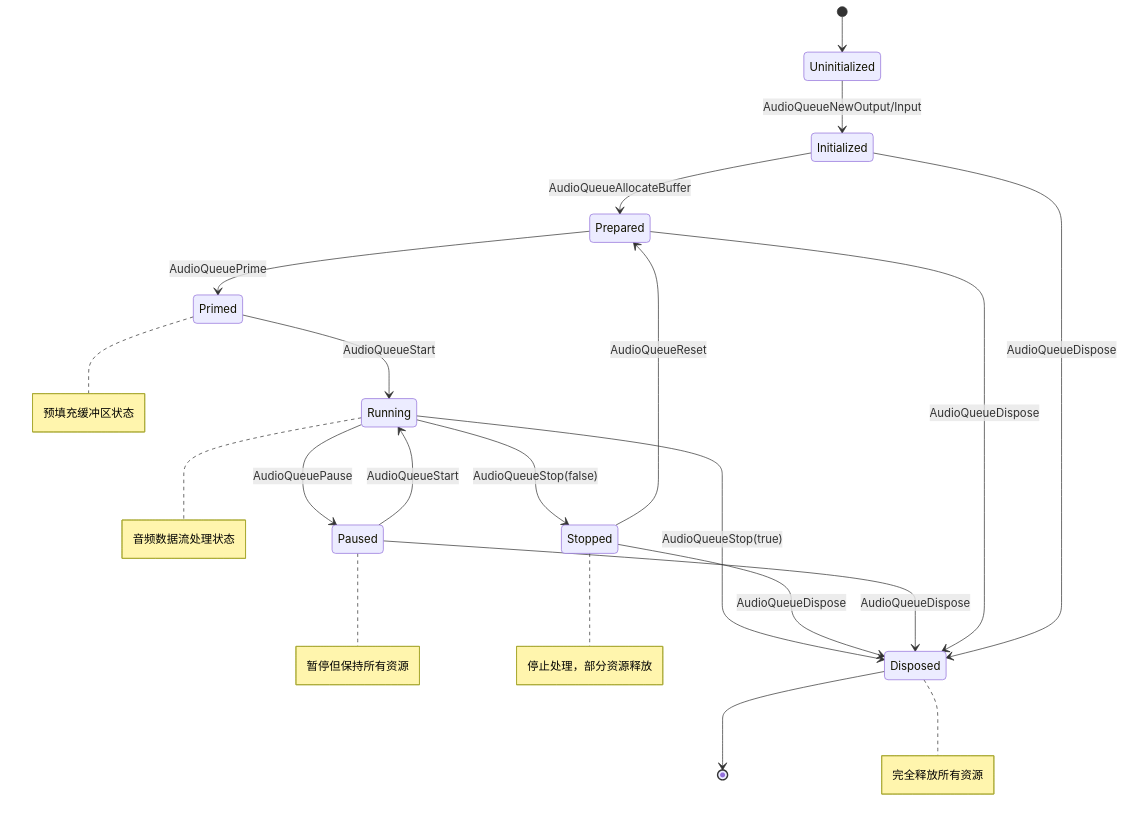
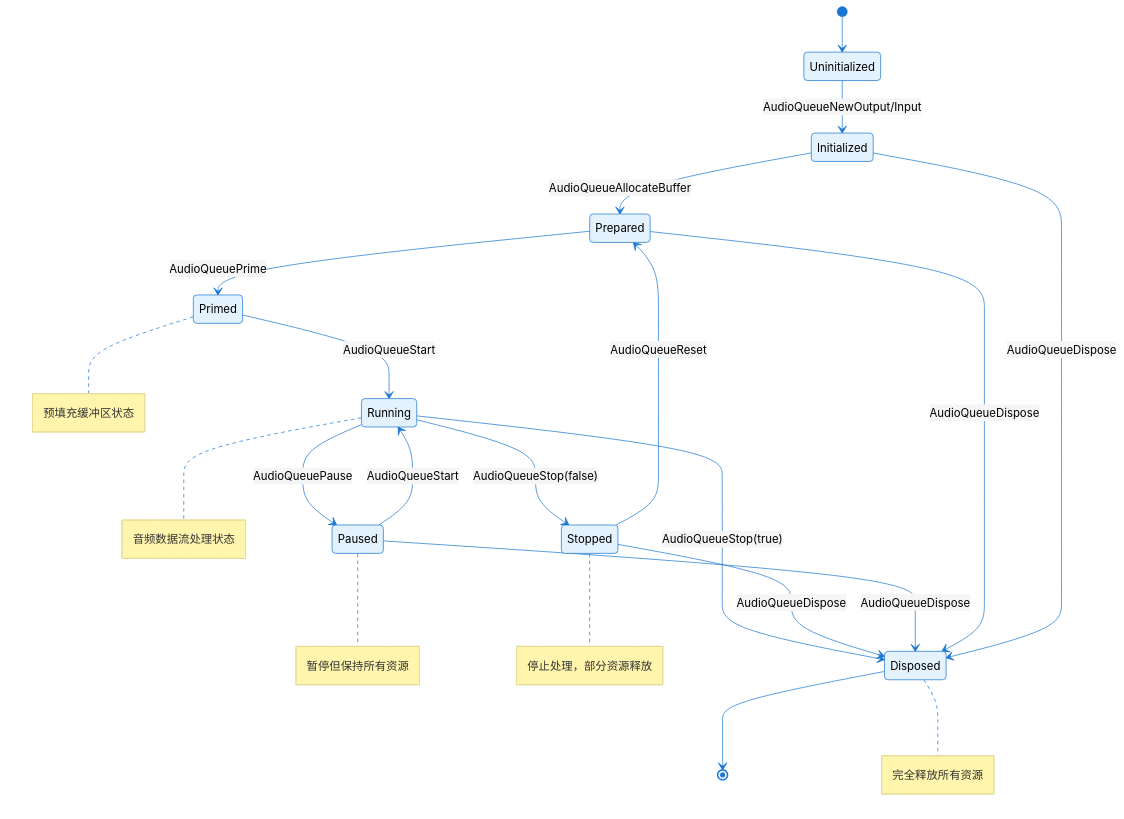
The sixth of 10 diagrams in ohmy408/datas.bundle/音频开发/1.2 AudioQueue技术原理和使用.md (Dtheme/ohmy408), drawn with Mermaid before and after one commit. The commit also changed other lines of this file and 7 other files, not shown here.

````diff
--- a/ohmy408/datas.bundle/音频开发/1.2 AudioQueue技术原理和使用.md
+++ b/ohmy408/datas.bundle/音频开发/1.2 AudioQueue技术原理和使用.md
@@ -278,24 +407,26 @@
 ```mermaid
 stateDiagram-v2
     [*] --> Uninitialized
     Uninitialized --> Initialized: AudioQueueNewOutput/Input
     Initialized --> Prepared: AudioQueueAllocateBuffer
     Prepared --> Primed: AudioQueuePrime
     Primed --> Running: AudioQueueStart
     Running --> Paused: AudioQueuePause
     Paused --> Running: AudioQueueStart
     Running --> Stopped: AudioQueueStop(false)
     Stopped --> Prepared: AudioQueueReset
     Running --> Disposed: AudioQueueStop(true)
     Stopped --> Disposed: AudioQueueDispose
     Paused --> Disposed: AudioQueueDispose
     Prepared --> Disposed: AudioQueueDispose
     Initialized --> Disposed: AudioQueueDispose
     Disposed --> [*]
     
     note right of Primed : 预填充缓冲区状态
     note right of Running : 音频数据流处理状态
     note right of Paused : 暂停但保持所有资源
     note right of Stopped : 停止处理，部分资源释放
     note right of Disposed : 完全释放所有资源
+    
+    %%{init: {'theme': 'base', 'themeVariables': {'primaryColor': '#e3f2fd', 'primaryTextColor': '#000', 'primaryBorderColor': '#1976d2', 'lineColor': '#1976d2', 'tertiaryColor': '#e8f5e8', 'background': '#ffffff', 'secondaryColor': '#f5f5f5', 'tertiaryTextColor': '#000'}}}%%
 ```
````
